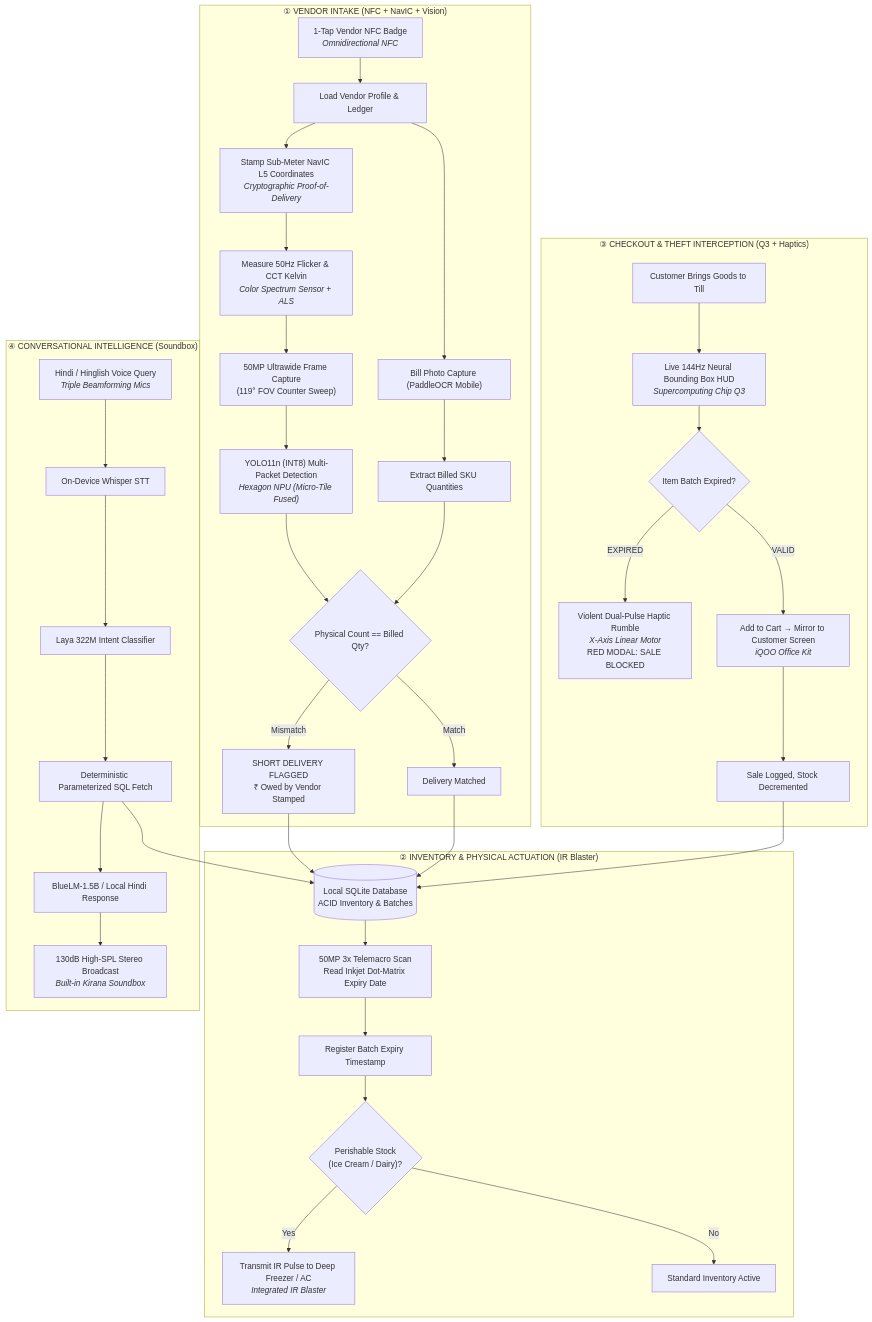
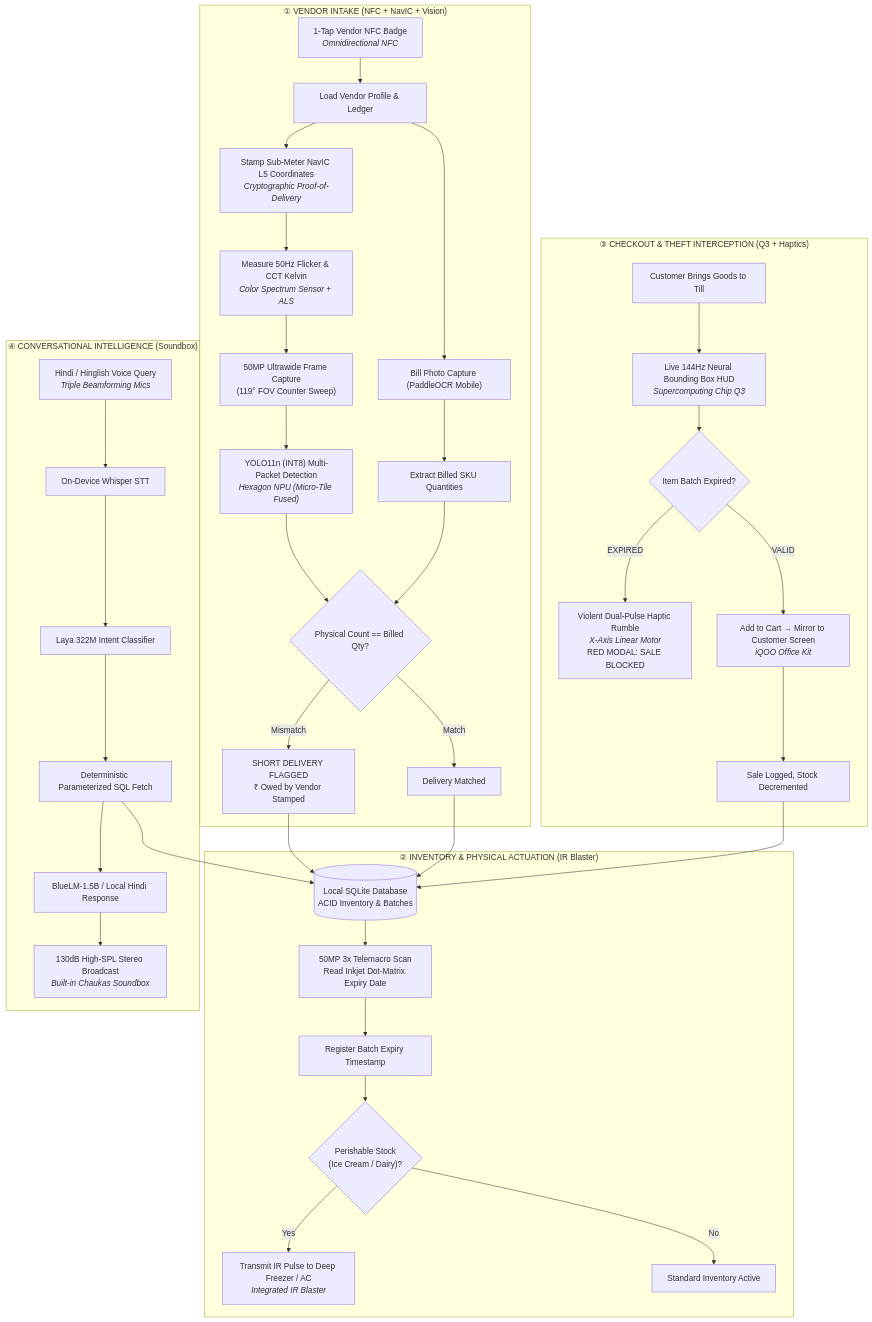
The first of 3 diagrams in docs/01_pitch/Chaukas.md (SanTiwari07/KiranaRakshak), drawn with Mermaid before and after one commit. The commit also changed other lines of this file and 21 other files, not shown here.

````diff
--- a/docs/01_pitch/Chaukas.md
+++ b/docs/01_pitch/Chaukas.md
@@ -57,43 +57,43 @@
 ```mermaid
 flowchart TD
     subgraph S1["① VENDOR INTAKE (NFC + NavIC + Vision)"]
         NFC["1-Tap Vendor NFC Badge<br><i>Omnidirectional NFC</i>"] --> VPROF["Load Vendor Profile & Ledger"]
         VPROF --> NAVIC["Stamp Sub-Meter NavIC L5 Coordinates<br><i>Cryptographic Proof-of-Delivery</i>"]
         NAVIC --> ALS["Measure 50Hz Flicker & CCT Kelvin<br><i>Color Spectrum Sensor + ALS</i>"]
         ALS --> CAM1["50MP Ultrawide Frame Capture<br>(119° FOV Counter Sweep)"]
         CAM1 --> YOLO["YOLO11n (INT8) Multi-Packet Detection<br><i>Hexagon NPU (Micro-Tile Fused)</i>"]
         VPROF --> CAM2["Bill Photo Capture (PaddleOCR Mobile)"]
         CAM2 --> OCR["Extract Billed SKU Quantities"]
         YOLO & OCR --> RECON{"Physical Count == Billed Qty?"}
         RECON -->|Mismatch| SHORT["SHORT DELIVERY FLAGGED<br>₹ Owed by Vendor Stamped"]
         RECON -->|Match| MATCH["Delivery Matched"]
     end
 
     subgraph S2["② INVENTORY & PHYSICAL ACTUATION (IR Blaster)"]
         SHORT & MATCH --> SAVE[("Local SQLite Database<br>ACID Inventory & Batches")]
         SAVE --> PERI["50MP 3x Telemacro Scan<br>Read Inkjet Dot-Matrix Expiry Date"]
         PERI --> EXP_REG["Register Batch Expiry Timestamp"]
         EXP_REG --> IR{"Perishable Stock<br>(Ice Cream / Dairy)?"}
         IR -->|Yes| ACTUATE["Transmit IR Pulse to Deep Freezer / AC<br><i>Integrated IR Blaster</i>"]
         IR -->|No| IDLE["Standard Inventory Active"]
     end
 
     subgraph S3["③ CHECKOUT & THEFT INTERCEPTION (Q3 + Haptics)"]
         CUST["Customer Brings Goods to Till"] --> Q3_HUD["Live 144Hz Neural Bounding Box HUD<br><i>Supercomputing Chip Q3</i>"]
         Q3_HUD --> POS_CHK{"Item Batch Expired?"}
         POS_CHK -->|EXPIRED| BUZZ["Violent Dual-Pulse Haptic Rumble<br><i>X-Axis Linear Motor</i><br>RED MODAL: SALE BLOCKED"]
         POS_CHK -->|VALID| ADD_CART["Add to Cart → Mirror to Customer Screen<br><i>iQOO Office Kit</i>"]
         ADD_CART --> SOLD["Sale Logged, Stock Decremented"]
     end
 
     subgraph S4["④ CONVERSATIONAL INTELLIGENCE (Soundbox)"]
         HINDI_Q["Hindi / Hinglish Voice Query<br><i>Triple Beamforming Mics</i>"] --> STT["On-Device Whisper STT"]
         STT --> LAYA["Laya 322M Intent Classifier"]
         LAYA --> SQL["Deterministic Parameterized SQL Fetch"]
         SQL --> SAVE
         SQL --> BLUE["BlueLM-1.5B / Local Hindi Response"]
-        BLUE --> SBOX["130dB High-SPL Stereo Broadcast<br><i>Built-in Kirana Soundbox</i>"]
+        BLUE --> SBOX["130dB High-SPL Stereo Broadcast<br><i>Built-in Chaukas Soundbox</i>"]
     end
 
     SOLD --> SAVE
 ```
````
